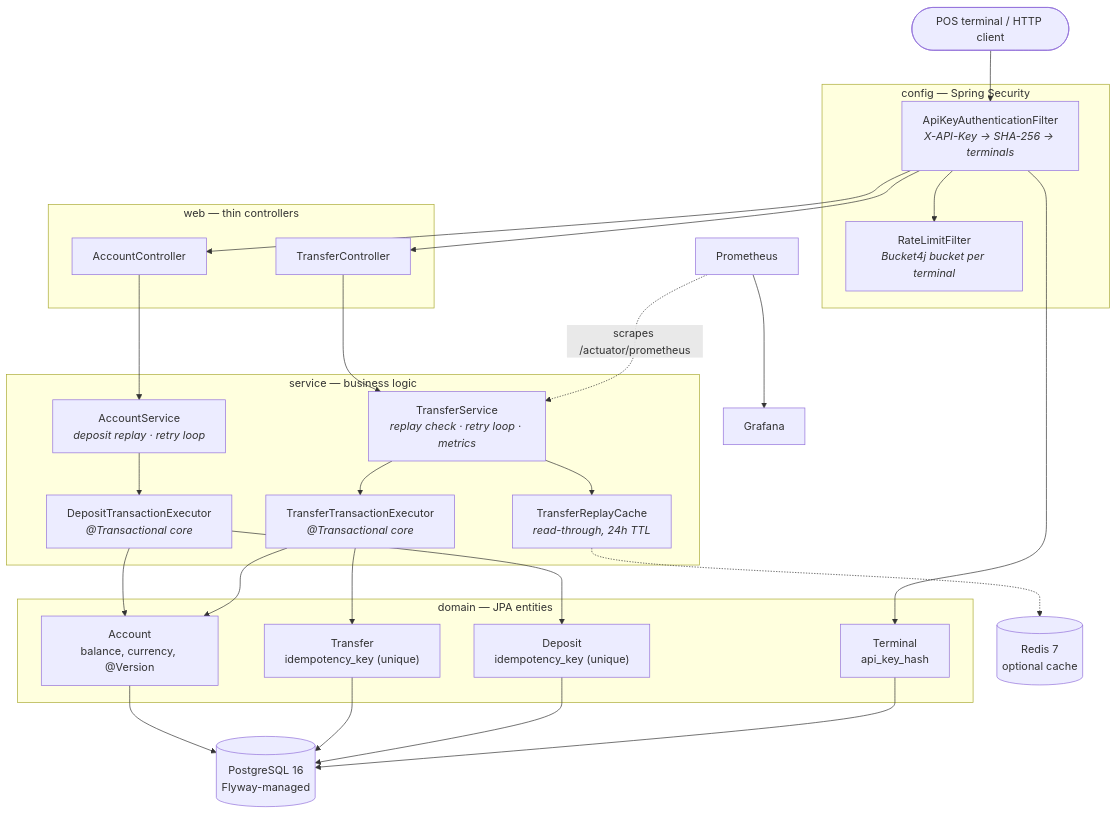
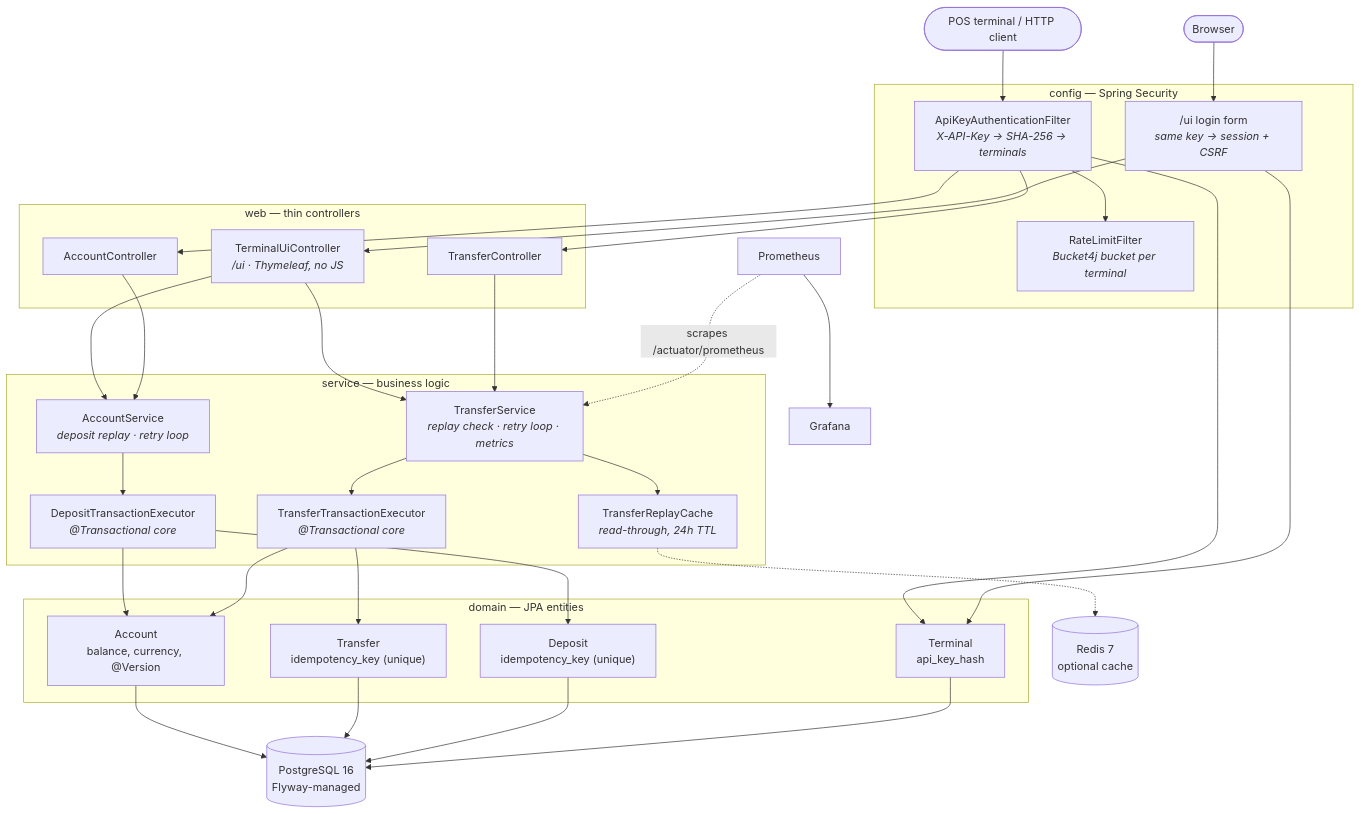
Before and after one commit to viache25/transfer-api: the second of 3 diagrams in README.md, drawn with Mermaid. The commit also changed other lines of this file and 16 other files, not shown here.

First line of the commit message:
feat: terminal UI page at /ui with API-key sign-in (step 22) (#34)

````diff
--- a/README.md
+++ b/README.md
@@ -117,42 +117,45 @@
 ```mermaid
 flowchart TB
     Client([POS terminal / HTTP client])
 
     subgraph security ["config — Spring Security"]
         F["ApiKeyAuthenticationFilter<br/><i>X-API-Key → SHA-256 → terminals</i>"]
         RL["RateLimitFilter<br/><i>Bucket4j bucket per terminal</i>"]
         F --> RL
+        UL["/ui login form<br/><i>same key → session + CSRF</i>"]
     end
 
     subgraph web ["web — thin controllers"]
         AC[AccountController]
         TC[TransferController]
+        UI["TerminalUiController<br/><i>/ui · Thymeleaf, no JS</i>"]
     end
 
     subgraph service ["service — business logic"]
         AS["AccountService<br/><i>deposit replay · retry loop</i>"]
         DX["DepositTransactionExecutor<br/><i>@Transactional core</i>"]
         TS["TransferService<br/><i>replay check · retry loop · metrics</i>"]
         TX["TransferTransactionExecutor<br/><i>@Transactional core</i>"]
         RC["TransferReplayCache<br/><i>read-through, 24h TTL</i>"]
     end
 
     subgraph domain ["domain — JPA entities"]
         ACC["Account<br/>balance, currency, @Version"]
         TRF["Transfer<br/>idempotency_key (unique)"]
         DEP["Deposit<br/>idempotency_key (unique)"]
         TER["Terminal<br/>api_key_hash"]
     end
 
     DB[(PostgreSQL 16<br/>Flyway-managed)]
     REDIS[(Redis 7<br/>optional cache)]
     PROM[Prometheus] --> GRAF[Grafana]
 
     Client --> F --> AC & TC
+    Browser([Browser]) --> UL --> UI --> AS & TS
     AC --> AS --> DX --> ACC & DEP
     TC --> TS --> TX --> ACC & TRF
     TS --> RC -.-> REDIS
-    F --> TER
+    F & UL --> TER
     ACC & TRF & DEP & TER --> DB
     PROM -. scrapes /actuator/prometheus .-> TS
 ```
````
